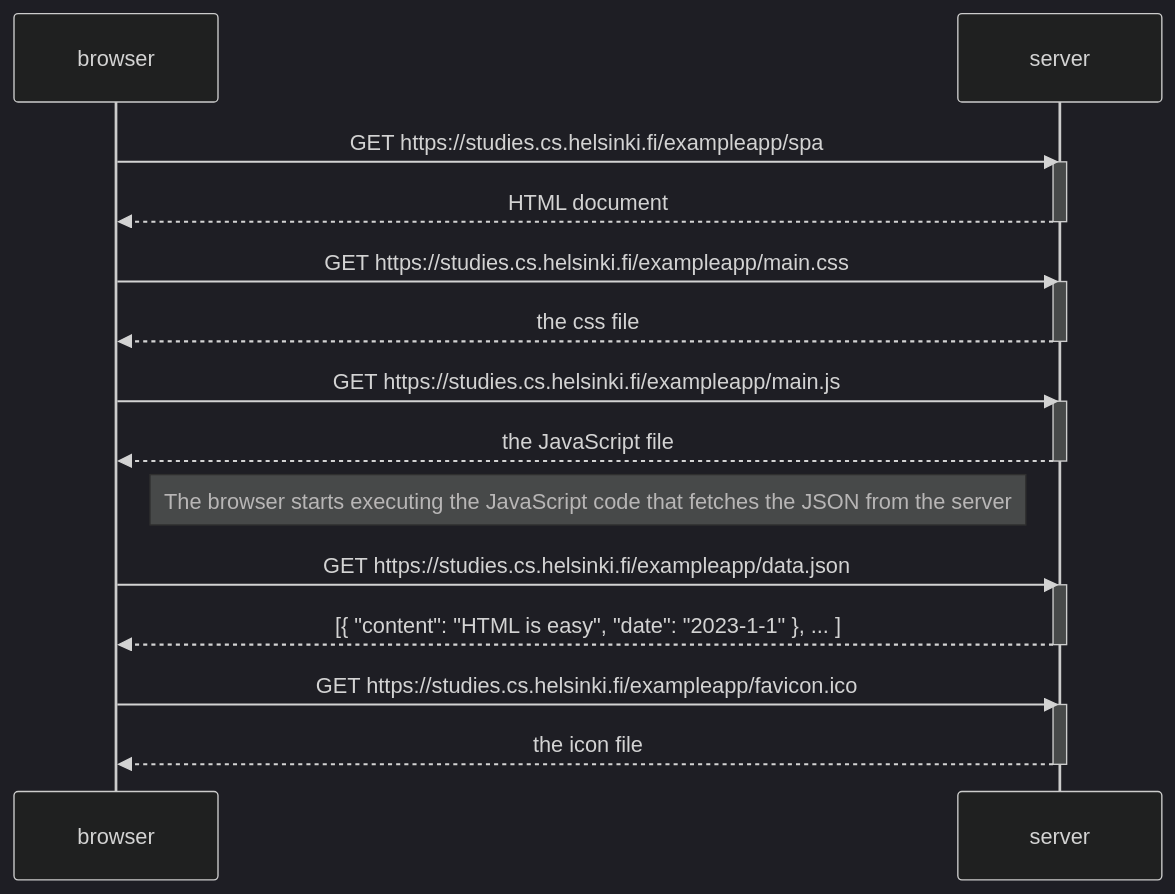
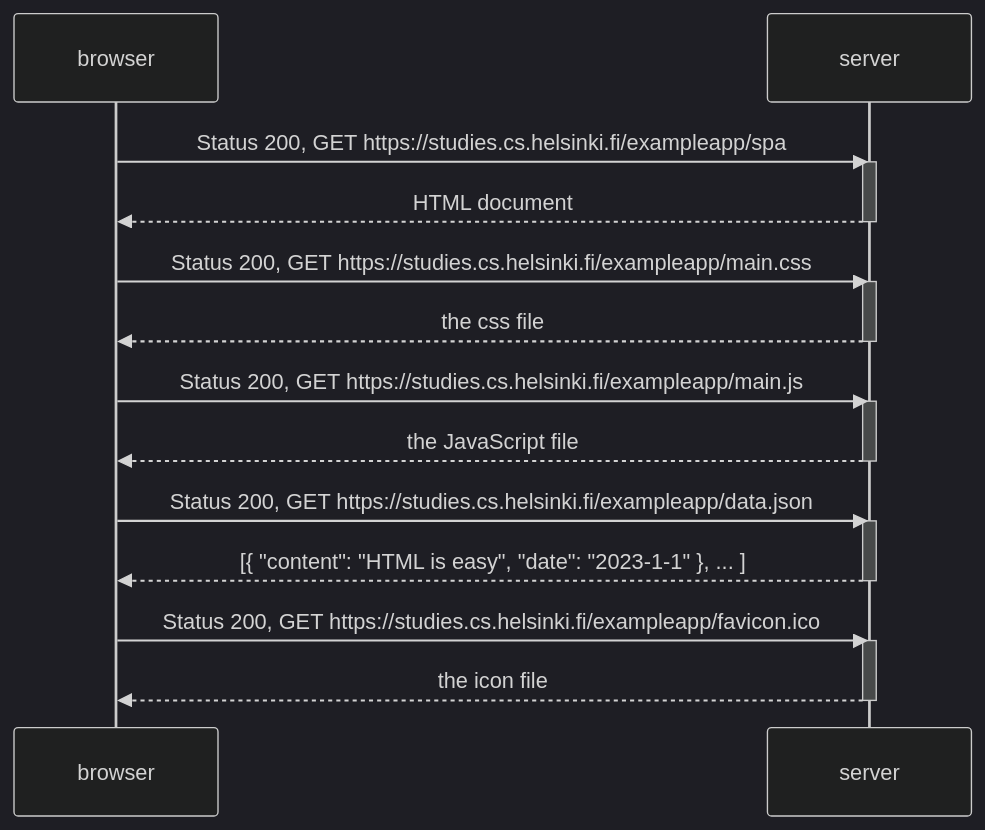
One commit to sophie-vu/CSI4103-Lab2 changed the diagram in exercise05.md. Above: the diagram before and after it, drawn with Mermaid (dark theme).

Commit message:
Add status codes.

````diff
--- a/exercise05.md
+++ b/exercise05.md
@@ -2,32 +2,30 @@
 ```mermaid
 sequenceDiagram
 participant browser
 participant server
     
-    browser->>server: GET https://studies.cs.helsinki.fi/exampleapp/spa
+    browser->>server: Status 200, GET https://studies.cs.helsinki.fi/exampleapp/spa
     activate server
     server-->>browser: HTML document
     deactivate server
     
-    browser->>server: GET https://studies.cs.helsinki.fi/exampleapp/main.css
+    browser->>server: Status 200, GET https://studies.cs.helsinki.fi/exampleapp/main.css
     activate server
     server-->>browser: the css file
     deactivate server
     
-    browser->>server: GET https://studies.cs.helsinki.fi/exampleapp/main.js
+    browser->>server: Status 200, GET https://studies.cs.helsinki.fi/exampleapp/main.js
     activate server
     server-->>browser: the JavaScript file
     deactivate server
-    
-    Note right of browser: The browser starts executing the JavaScript code that fetches the JSON from the server
-    
-    browser->>server: GET https://studies.cs.helsinki.fi/exampleapp/data.json
+        
+    browser->>server: Status 200, GET https://studies.cs.helsinki.fi/exampleapp/data.json
     activate server
     server-->>browser: [{ "content": "HTML is easy", "date": "2023-1-1" }, ... ]
     deactivate server    
 
-    browser->>server: GET https://studies.cs.helsinki.fi/exampleapp/favicon.ico
+    browser->>server: Status 200, GET https://studies.cs.helsinki.fi/exampleapp/favicon.ico
     activate server
     server-->>browser: the icon file
     deactivate server    
 ```
````
